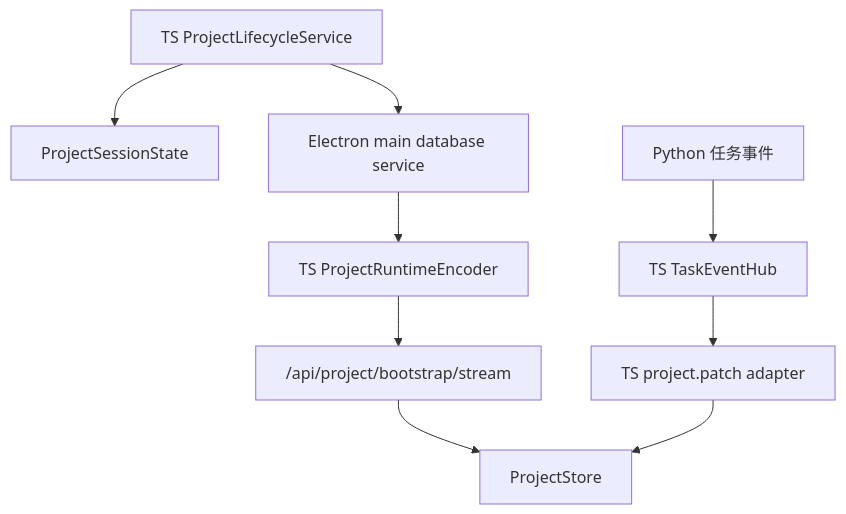
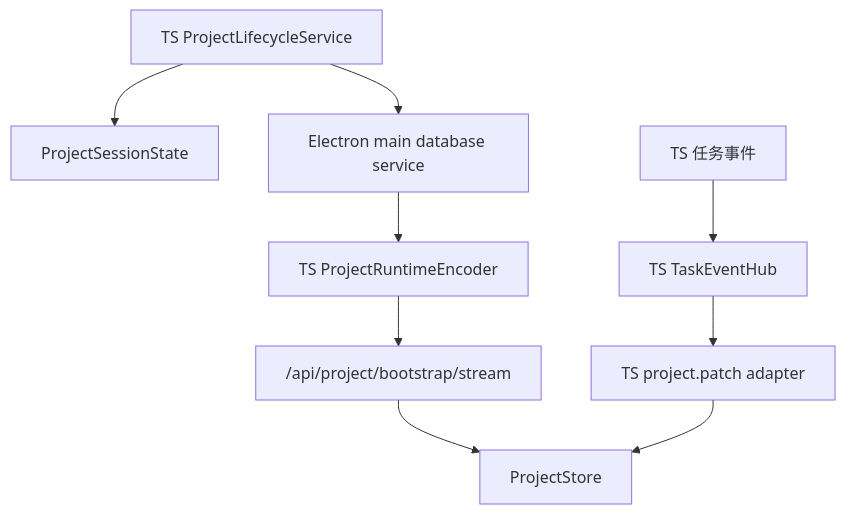
One commit to neavo/LinguaGacha changed the second of 4 diagrams in docs/DATA.md. Above: the diagram before and after it, drawn with Mermaid. The commit also changed other lines of this file and 102 other files, not shown here.

````diff
--- a/docs/DATA.md
+++ b/docs/DATA.md
@@ -73,11 +75,11 @@
 ```mermaid
 flowchart TD
     A["TS ProjectLifecycleService"] --> B["ProjectSessionState"]
     A --> C["Electron main database service"]
     C --> D["TS ProjectRuntimeEncoder"]
     D --> E["/api/project/bootstrap/stream"]
     E --> F["ProjectStore"]
-    G["Python 任务事件"] --> H["TS TaskEventHub"]
+    G["TS 任务事件"] --> H["TS TaskEventHub"]
     H --> I["TS project.patch adapter"]
     I --> F
 ```
````
